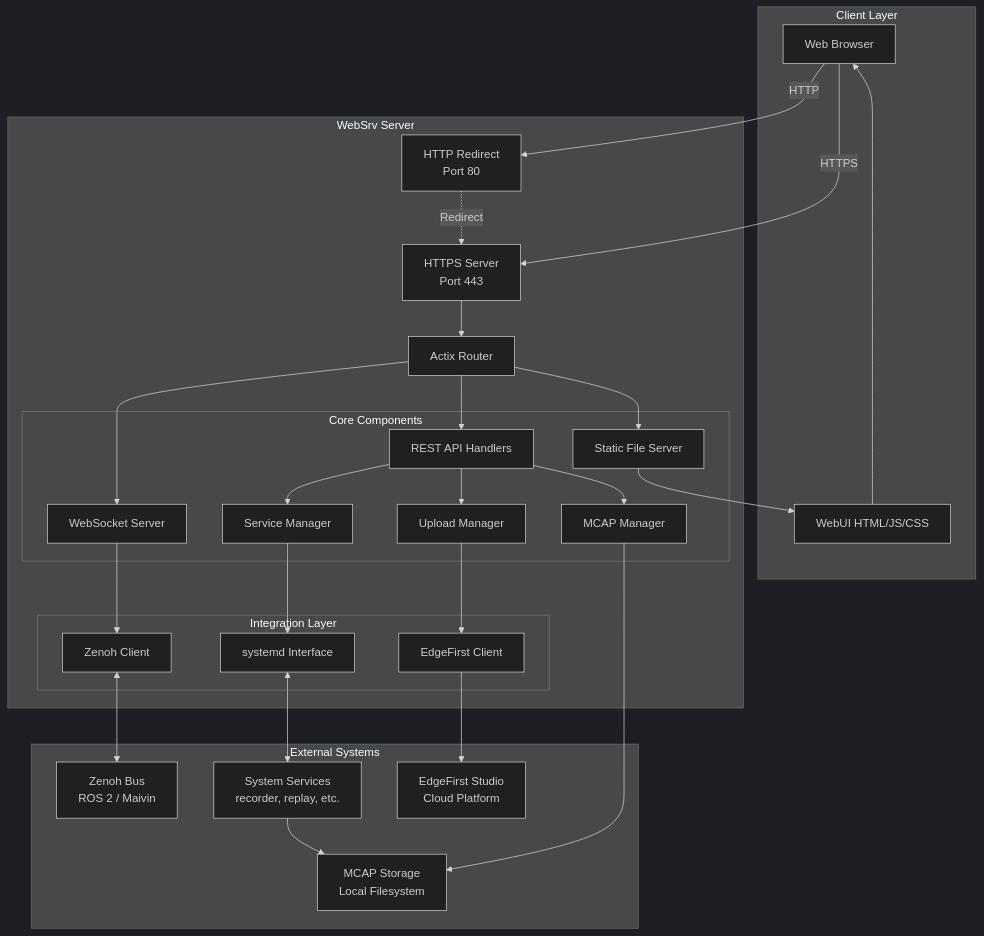
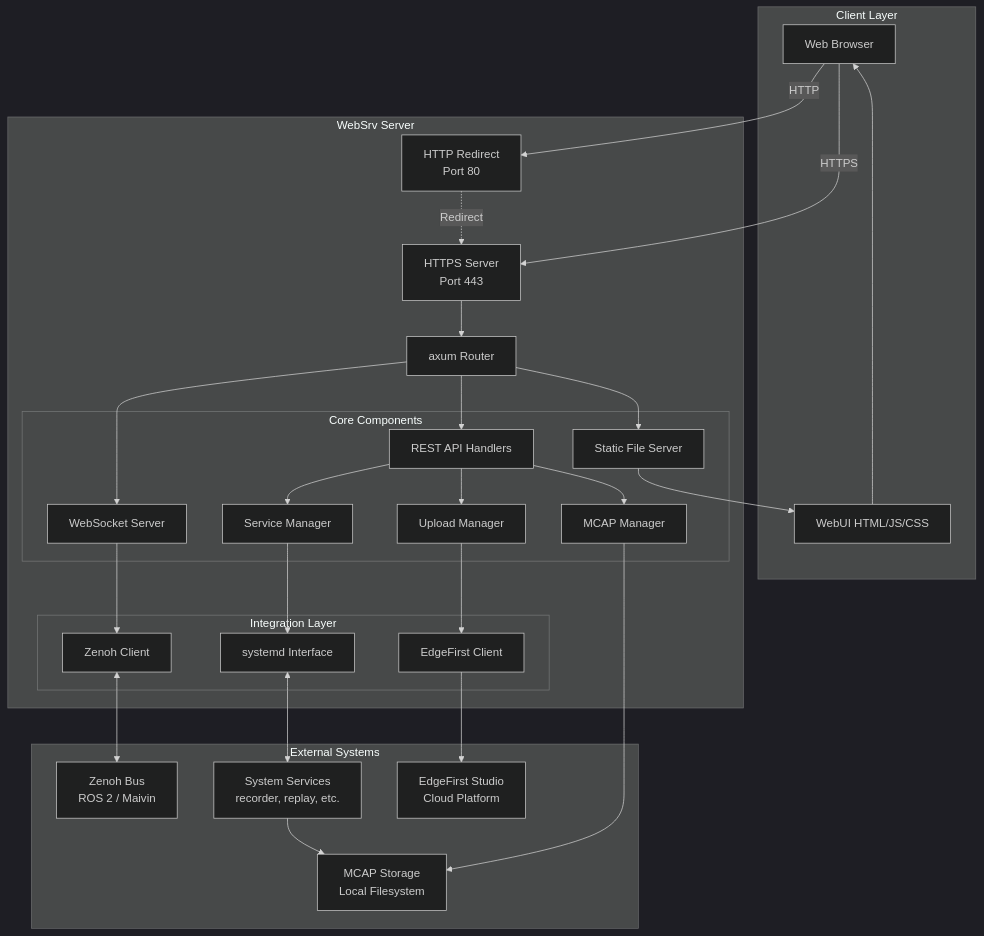
One commit to EdgeFirstAI/websrv changed the first of 21 diagrams in ARCHITECTURE.md. Above: the diagram before and after it, drawn with Mermaid (dark theme). The commit also changed other lines of this file and 3 other files, not shown here.

````diff
--- a/ARCHITECTURE.md
+++ b/ARCHITECTURE.md
@@ -20,63 +20,63 @@
 ```mermaid
 graph TB
     subgraph "Client Layer"
         Browser[Web Browser]
         WebUI[WebUI HTML/JS/CSS]
     end
 
     subgraph "WebSrv Server"
         HTTPS[HTTPS Server<br/>Port 443]
         HTTP[HTTP Redirect<br/>Port 80]
-        Router[Actix Router]
+        Router[axum Router]
 
         subgraph "Core Components"
             StaticFiles[Static File Server]
             RestAPI[REST API Handlers]
             WSServer[WebSocket Server]
             UploadMgr[Upload Manager]
             SvcMgr[Service Manager]
             MCAPMgr[MCAP Manager]
         end
 
         subgraph "Integration Layer"
             ZenohClient[Zenoh Client]
             SystemD[systemd Interface]
             Studio[EdgeFirst Client]
         end
     end
 
     subgraph "External Systems"
         ZenohBus[Zenoh Bus<br/>ROS 2 / Maivin]
         Services[System Services<br/>recorder, replay, etc.]
         StudioCloud[EdgeFirst Studio<br/>Cloud Platform]
         Storage[MCAP Storage<br/>Local Filesystem]
     end
 
     Browser --> |HTTPS| HTTPS
     Browser --> |HTTP| HTTP
     HTTP -.-> |Redirect| HTTPS
     HTTPS --> Router
     WebUI --> Browser
 
     Router --> StaticFiles
     Router --> RestAPI
     Router --> WSServer
 
     RestAPI --> UploadMgr
     RestAPI --> SvcMgr
     RestAPI --> MCAPMgr
 
     WSServer --> ZenohClient
     ZenohClient <--> ZenohBus
 
     SvcMgr --> SystemD
     SystemD <--> Services
 
     UploadMgr --> Studio
     Studio --> StudioCloud
 
     MCAPMgr --> Storage
     Services --> Storage
 
     StaticFiles --> WebUI
 ```
````
